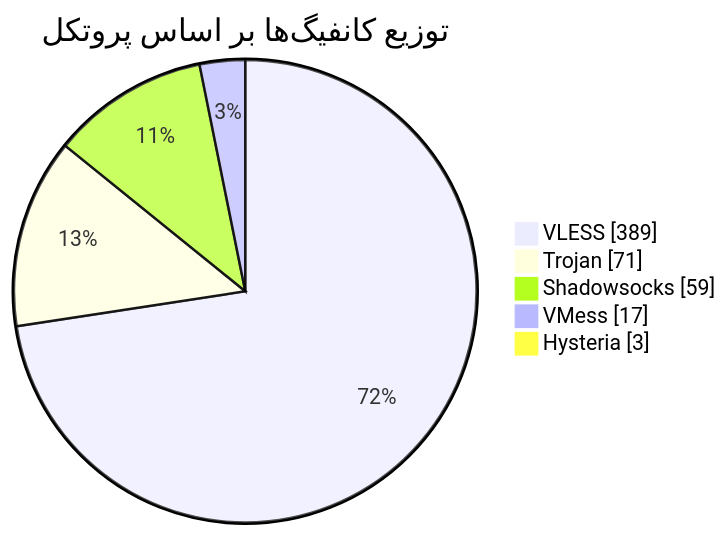
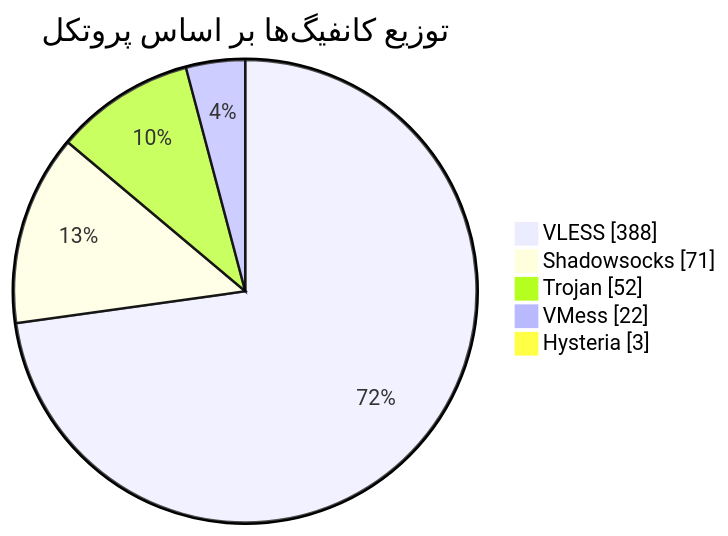
Before and after one commit to Arian-Alijani/Somthing: the diagram in README.md, drawn with Mermaid. The commit also changed other lines of this file and 67 other files, not shown here.

````diff
--- a/README.md
+++ b/README.md
@@ -47,9 +47,9 @@
 ```mermaid
 pie showData
     title توزیع کانفیگ‌ها بر اساس پروتکل
-    "VLESS" : 389
-    "Trojan" : 71
-    "Shadowsocks" : 59
-    "VMess" : 17
+    "VLESS" : 388
+    "Shadowsocks" : 71
+    "Trojan" : 52
+    "VMess" : 22
     "Hysteria" : 3
 ```
````
